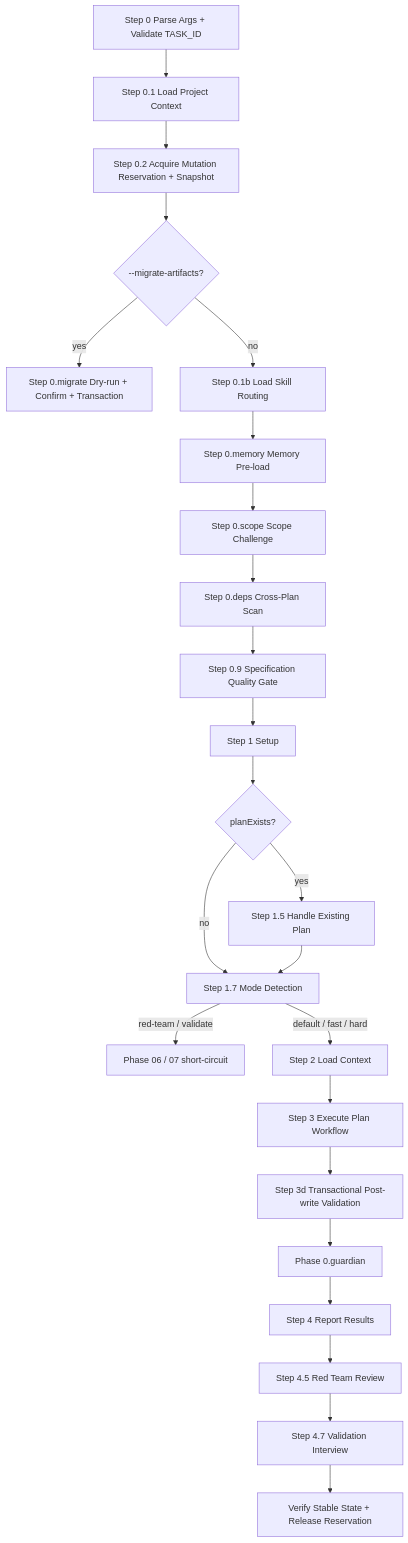
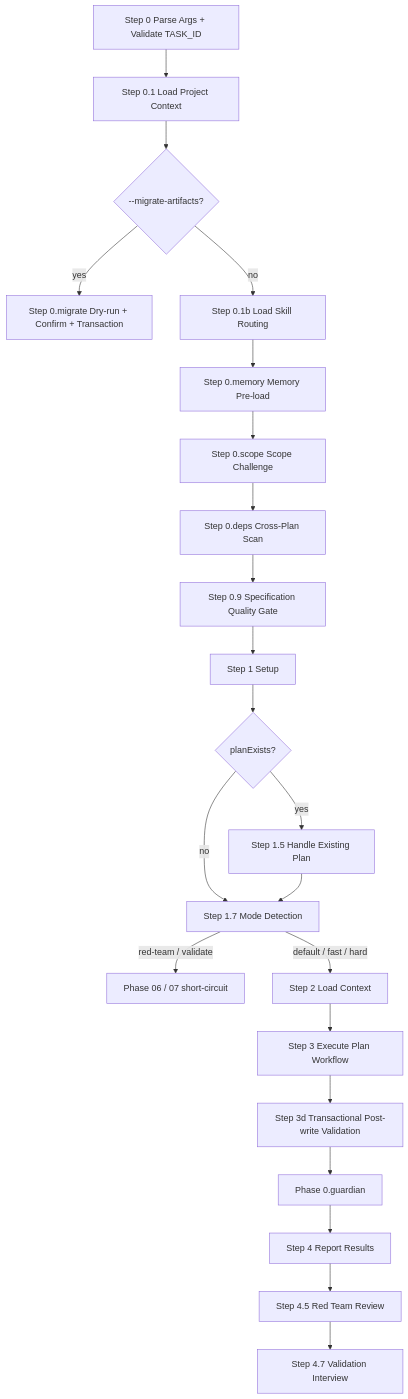
One commit to vinhltt/tdk changed the diagram in .specify/plugins/tdk-core/skills/tdk-plan/SKILL.md. Above: the diagram before and after it, drawn with Mermaid. The commit also changed other lines of this file and 87 other files, not shown here.

````diff
--- a/.specify/plugins/tdk-core/skills/tdk-plan/SKILL.md
+++ b/.specify/plugins/tdk-core/skills/tdk-plan/SKILL.md
@@ -60,26 +58,24 @@
 ```mermaid
 flowchart TD
     A[Step 0 Parse Args + Validate TASK_ID] --> B[Step 0.1 Load Project Context]
-    B --> TX[Step 0.2 Acquire Mutation Reservation + Snapshot]
-    TX --> BM{--migrate-artifacts?}
+    B --> BM{--migrate-artifacts?}
     BM -->|yes| MW[Step 0.migrate Dry-run + Confirm + Transaction]
     BM -->|no| B2[Step 0.1b Load Skill Routing]
     B2 --> C[Step 0.memory Memory Pre-load]
     C --> S[Step 0.scope Scope Challenge]
     S --> X[Step 0.deps Cross-Plan Scan]
     X --> Q[Step 0.9 Specification Quality Gate]
     Q --> D[Step 1 Setup]
     D --> E{planExists?}
     E -->|yes| F[Step 1.5 Handle Existing Plan]
     E -->|no| M[Step 1.7 Mode Detection]
     F --> M
     M -->|red-team / validate| RT[Phase 06 / 07 short-circuit]
     M -->|default / fast / hard| G[Step 2 Load Context]
     G --> H[Step 3 Execute Plan Workflow]
     H --> PV[Step 3d Transactional Post-write Validation]
     PV --> I[Phase 0.guardian]
     I --> J[Step 4 Report Results]
     J --> RT2[Step 4.5 Red Team Review]
     RT2 --> V[Step 4.7 Validation Interview]
-    V --> RL[Verify Stable State + Release Reservation]
 ```
````
